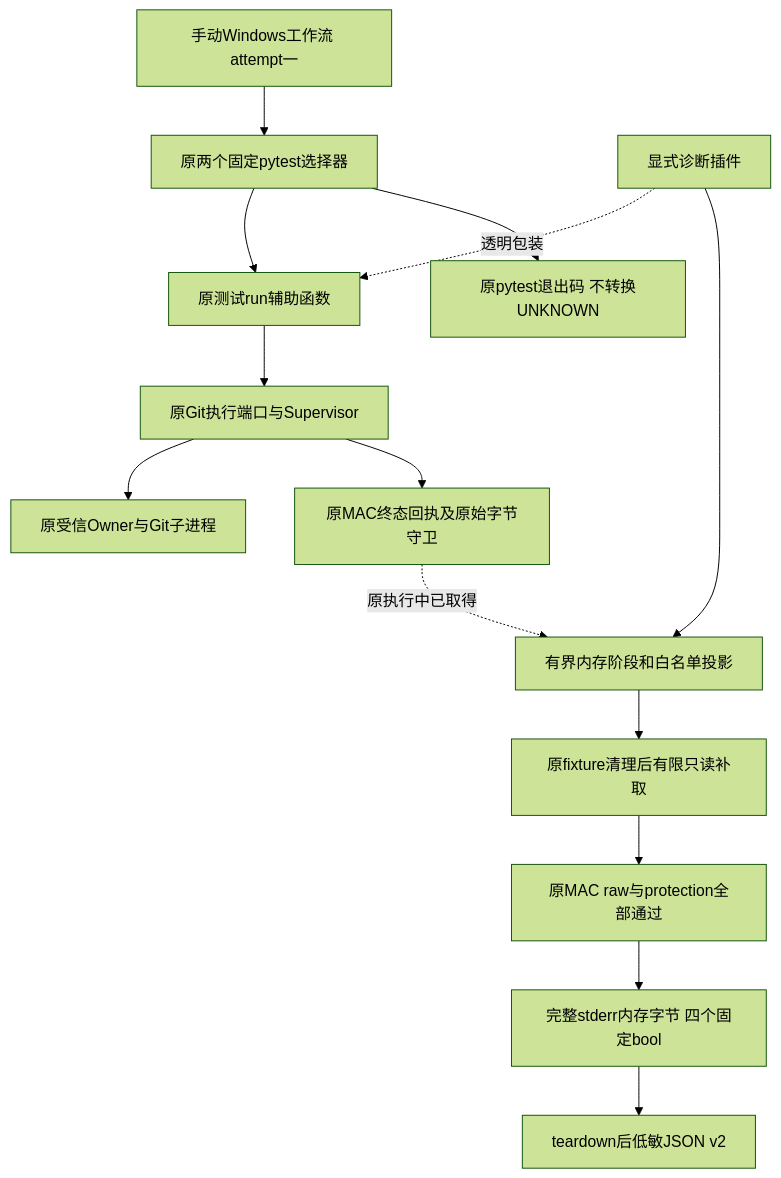
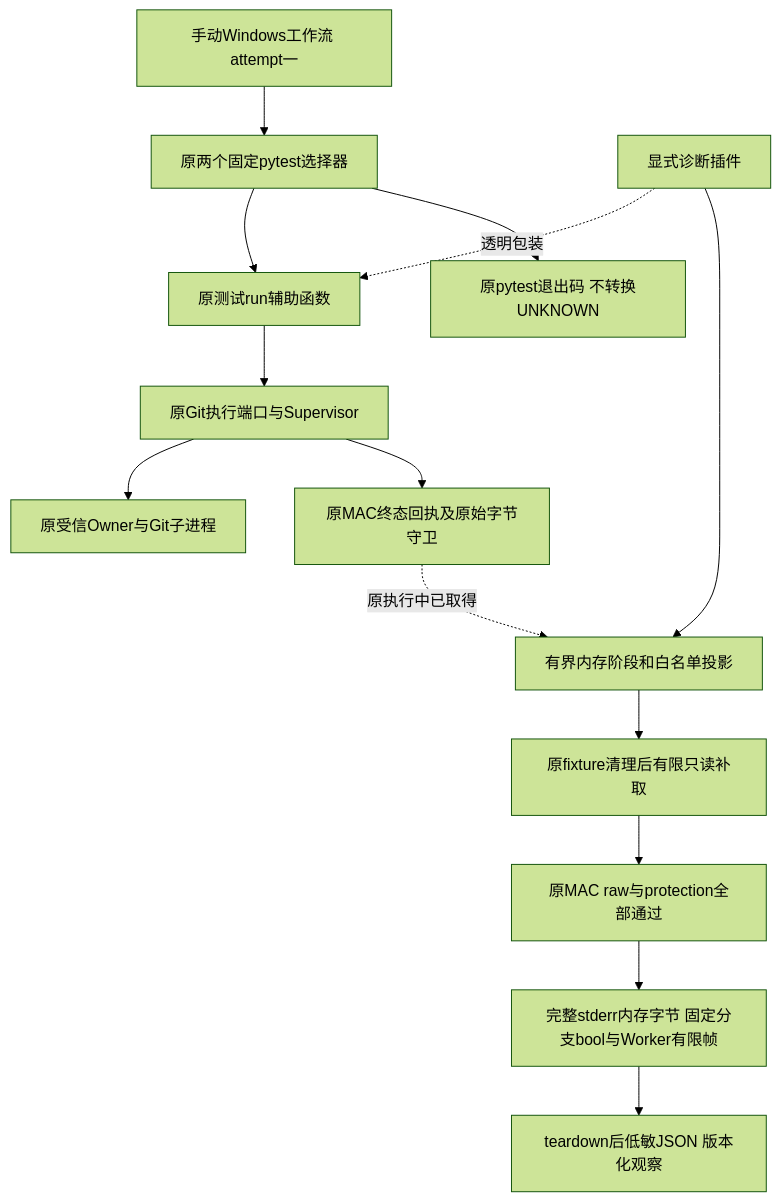
One commit to carrie1988/Harnessix changed the first of 4 diagrams in docs/changes/m09-r4-windows-minimum-commit-probe.md. Above: the diagram before and after it, drawn with Mermaid (forest theme). The commit also changed other lines of this file and 18 other files, not shown here.

````diff
--- a/docs/changes/m09-r4-windows-minimum-commit-probe.md
+++ b/docs/changes/m09-r4-windows-minimum-commit-probe.md
@@ -34,16 +35,16 @@
 ```mermaid
 flowchart TB
   Manual[手动Windows工作流 attempt一] --> Cases[原两个固定pytest选择器]
   Cases --> Helper[原测试run辅助函数]
   Probe[显式诊断插件] -. 透明包装 .-> Helper
   Helper --> Port[原Git执行端口与Supervisor]
   Port --> Owner[原受信Owner与Git子进程]
   Port --> Receipt[原MAC终态回执及原始字节守卫]
   Probe --> Memory[有界内存阶段和白名单投影]
   Receipt -. 原执行中已取得 .-> Memory
   Memory --> After[原fixture清理后有限只读补取]
   After --> Guard[原MAC raw与protection全部通过]
-  Guard --> Signals[完整stderr内存字节 四个固定bool]
-  Signals --> Log[teardown后低敏JSON v2]
+  Guard --> Signals[完整stderr内存字节 固定分支bool与Worker有限帧]
+  Signals --> Log[teardown后低敏JSON 版本化观察]
   Cases --> Outcome[原pytest退出码 不转换UNKNOWN]
 ```
````
